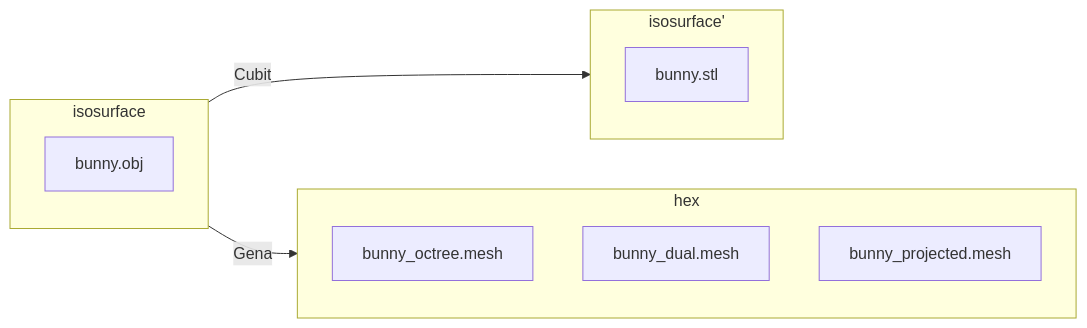
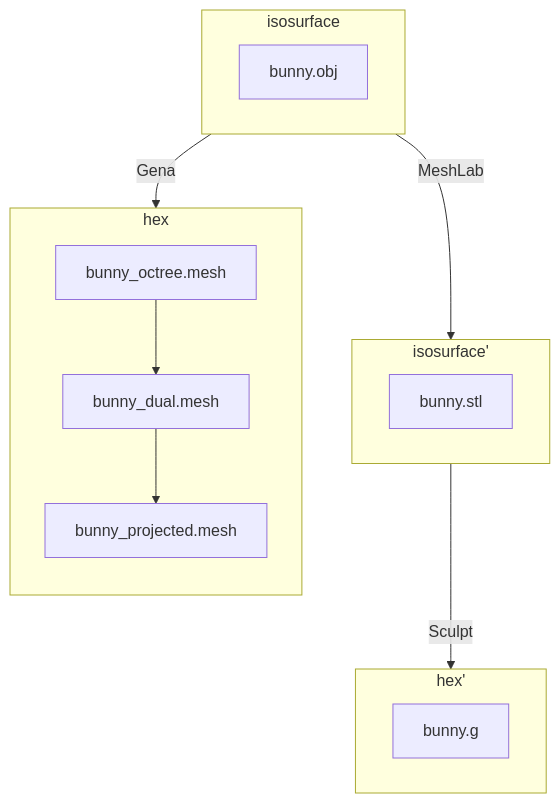
One commit to sandialabs/sibl changed the second of 2 diagrams in geo/doc/cinolib/bunny.md. Above: the diagram before and after it, drawn with Mermaid. The commit also changed other lines of this file, not shown here.

Commit message:
incremental

````diff
--- a/geo/doc/cinolib/bunny.md
+++ b/geo/doc/cinolib/bunny.md
@@ -32,16 +37,20 @@
 ```mermaid
-  flowchart LR
+  flowchart
     subgraph isosurface
-    a[bunny.obj]
+      a[bunny.obj]
     end
     subgraph isosurface'
-    b[bunny.stl]
+      b[bunny.stl]
+    end
+    subgraph hex'
+      bunny.g
     end
     subgraph hex
-    c1[bunny_octree.mesh]
-    c2[bunny_dual.mesh]
-    c3[bunny_projected.mesh]
+      direction TB
+      c1[bunny_octree.mesh]-->c2[bunny_dual.mesh]
+      c2-->c3[bunny_projected.mesh]
     end
-    isosurface-- Cubit --> isosurface'
+    isosurface-- MeshLab --> isosurface'
+    isosurface'-- Sculpt --> hex'
     isosurface-- Gena --> hex
 ```
````
